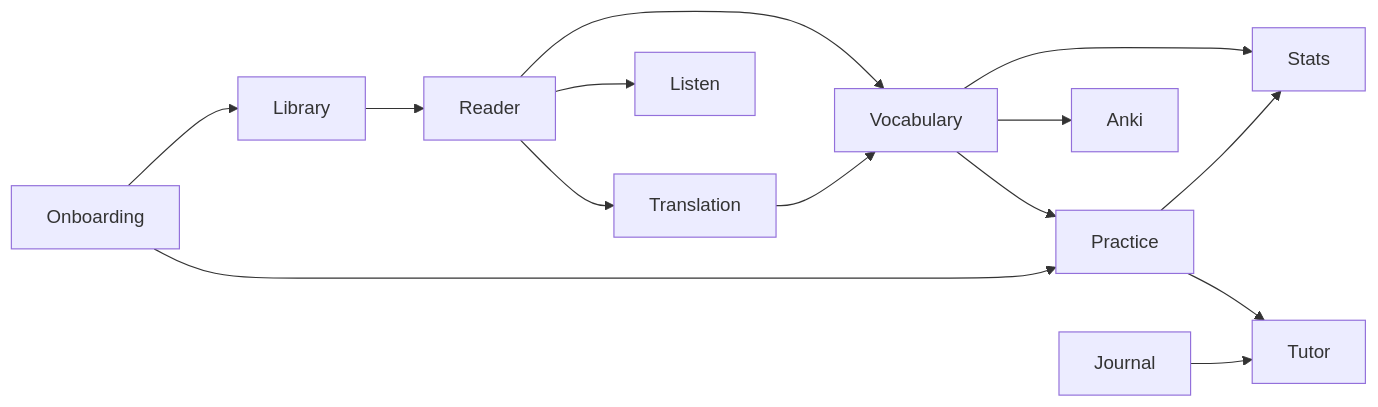
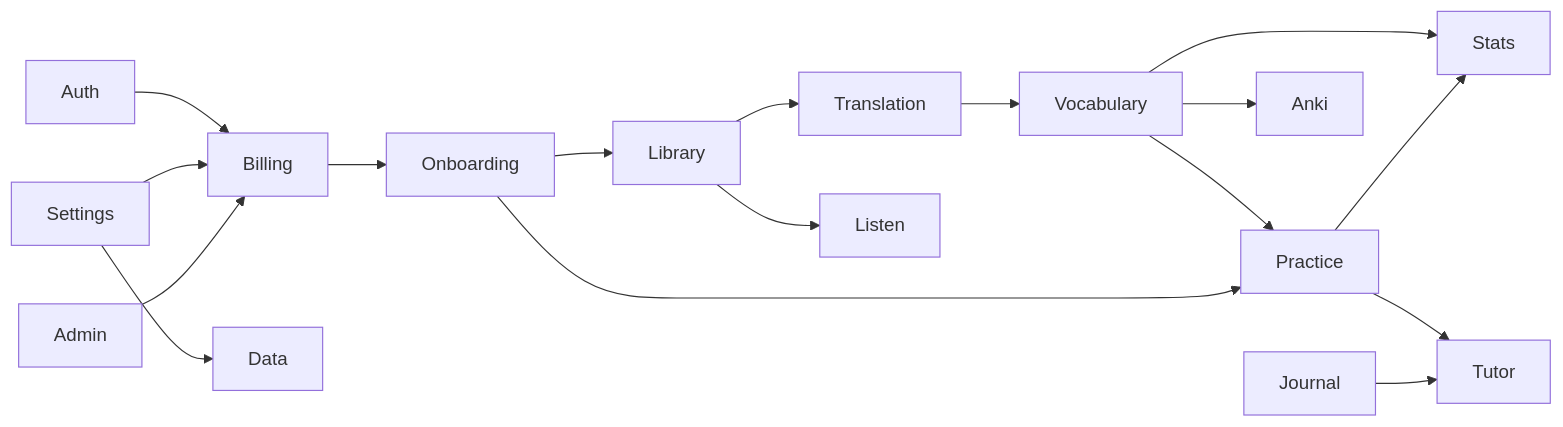
Before and after one commit to heuwels/lector: the first of 2 diagrams in docs/flows/README.md, drawn with Mermaid. The commit also changed other lines of this file and 15 other files, not shown here.

First line of the commit message:
Cover every app domain in the flow graph

````diff
--- a/docs/flows/README.md
+++ b/docs/flows/README.md
@@ -34,16 +35,19 @@
 ```mermaid
 flowchart LR
-  Library[Library] --> Reader[Reader]
-  Reader --> Translation[Translation]
-  Reader --> Vocabulary[Vocabulary]
-  Translation --> Vocabulary
+  Auth[Auth] --> Billing[Billing]
+  Billing --> Onboarding[Onboarding]
+  Onboarding --> Library[Library]
+  Library --> Translation[Translation]
+  Translation --> Vocabulary[Vocabulary]
   Vocabulary --> Practice[Practice]
   Vocabulary --> Anki[Anki]
-  Reader --> Listen[Listen]
+  Library --> Listen[Listen]
   Practice --> Tutor[Tutor]
   Journal[Journal] --> Tutor
-  Onboarding[Onboarding] --> Library
   Onboarding --> Practice
   Vocabulary --> Stats[Stats]
   Practice --> Stats
+  Settings[Settings] --> Data[Data]
+  Settings --> Billing
+  Admin[Admin] --> Billing
 ```
````
